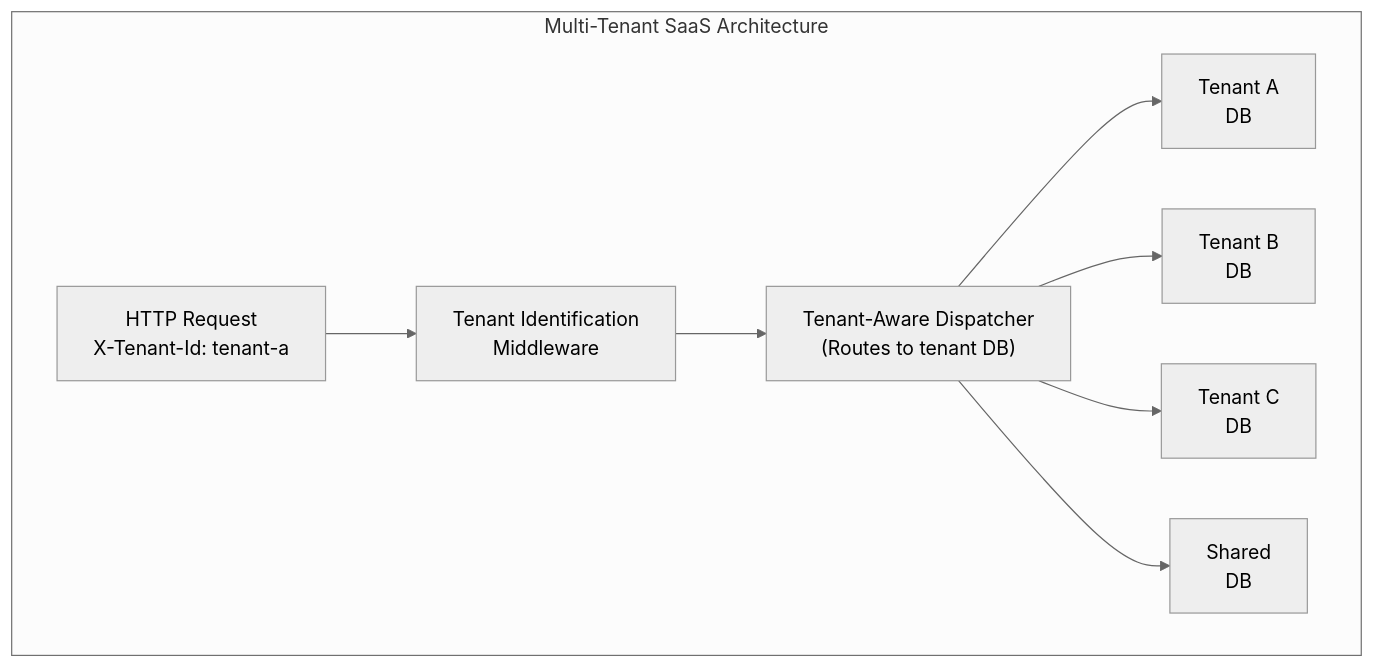
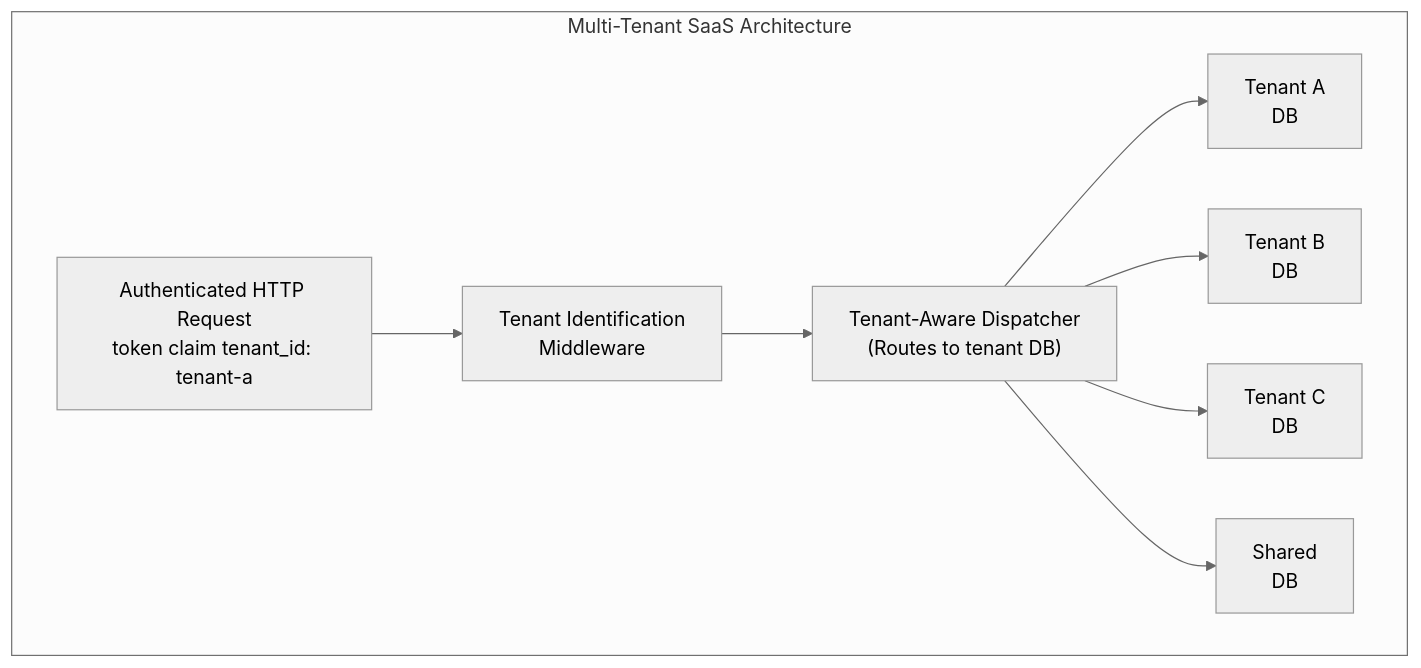
The diagram in src/assets/docs/v1.0.0/learn/examples/multi-tenant-saas.md (whizbang-lib/whizbang-lib.github.io), drawn with Mermaid (neutral theme) before and after one commit. The commit also changed other lines of this file and 5 other files, not shown here.

````diff
--- a/src/assets/docs/v1.0.0/learn/examples/multi-tenant-saas.md
+++ b/src/assets/docs/v1.0.0/learn/examples/multi-tenant-saas.md
@@ -40,23 +40,23 @@
 ```mermaid{caption="One database-per-tenant deployment architecture routing each request to its tenant DB"}
 flowchart TD
     subgraph MTSA["Multi-Tenant SaaS Architecture"]
-        Request["HTTP Request<br/>X-Tenant-Id: tenant-a"]
+        Request["Authenticated HTTP Request<br/>token claim tenant_id: tenant-a"]
         Middleware["Tenant Identification<br/>Middleware"]
         Dispatcher["Tenant-Aware Dispatcher<br/>(Routes to tenant DB)"]
         TenantA["Tenant A<br/>DB"]
         TenantB["Tenant B<br/>DB"]
         TenantC["Tenant C<br/>DB"]
         SharedDB["Shared<br/>DB"]
 
         Request --> Middleware
         Middleware --> Dispatcher
         Dispatcher --> TenantA
         Dispatcher --> TenantB
         Dispatcher --> TenantC
         Dispatcher --> SharedDB
     end
 
     class Request layer-command
     class Middleware,Dispatcher layer-core
     class TenantA,TenantB,TenantC,SharedDB layer-event
 ```
````
